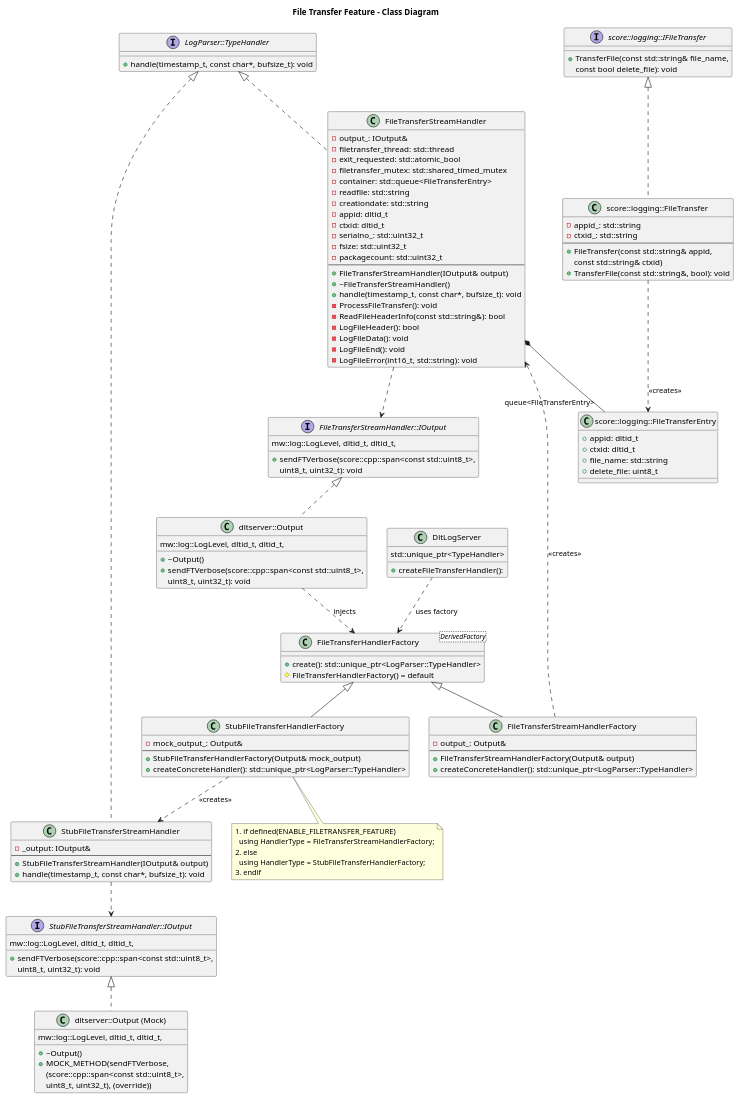
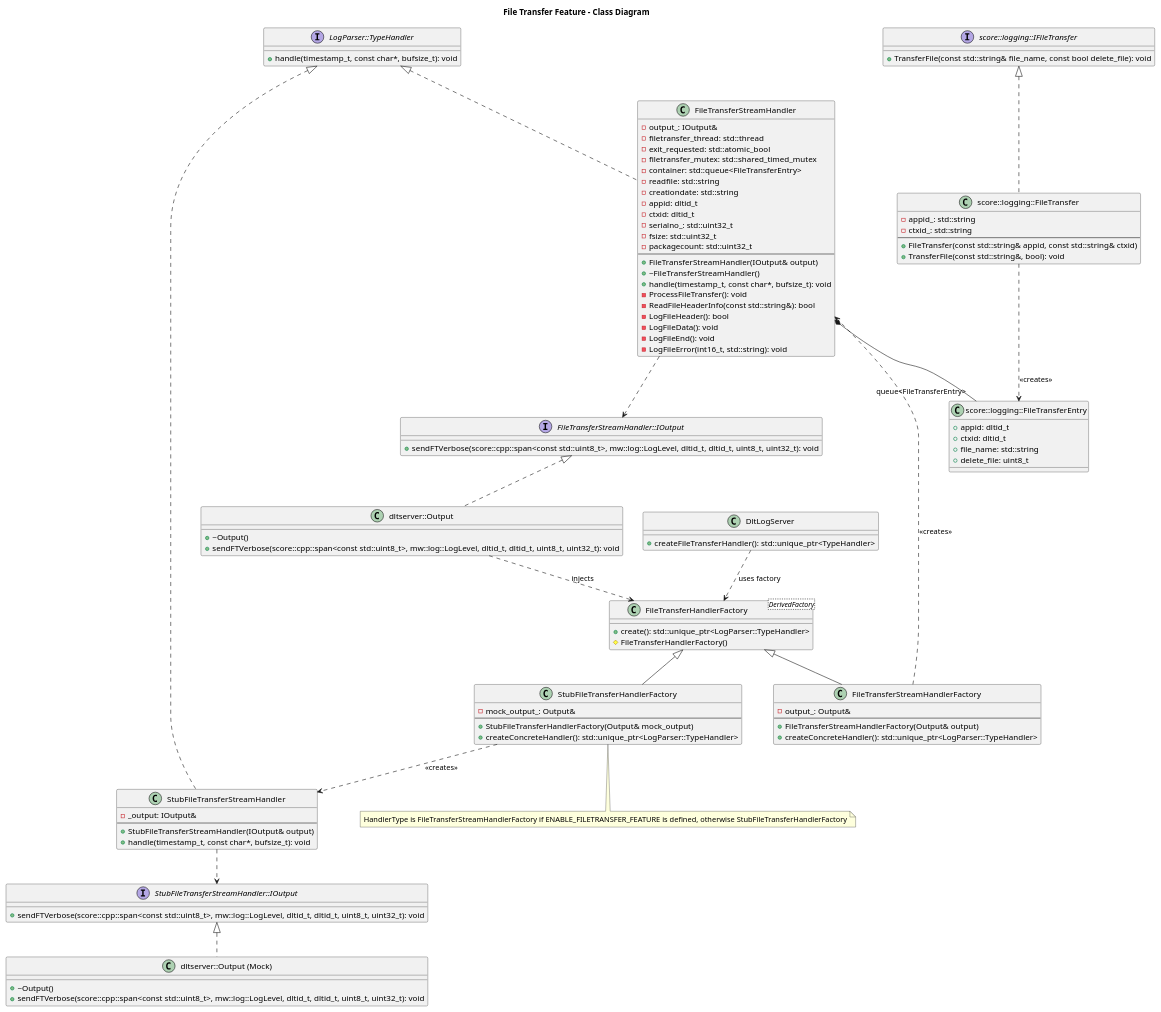
The diagram in score/datarouter/doc/design/uml/file_transfer_feature_class_diagram.puml (eclipse-score/logging), drawn with PlantUML before and after one commit. The commit also changed 8 other files, not shown here.

First line of the commit message:
build(datarouter): add architectural design target

```diff
--- a/score/datarouter/doc/design/uml/file_transfer_feature_class_diagram.puml
+++ b/score/datarouter/doc/design/uml/file_transfer_feature_class_diagram.puml
@@ -14,143 +14,125 @@
 @startuml file_transfer_feature_class_diagram
 title File Transfer Feature - Class Diagram
 
 interface "LogParser::TypeHandler" as TypeHandler {
   + handle(timestamp_t, const char*, bufsize_t): void
 }
 
 class StubFileTransferStreamHandler {
   - _output: IOutput&
   --
   + StubFileTransferStreamHandler(IOutput& output)
   + handle(timestamp_t, const char*, bufsize_t): void
 }
 
 interface "StubFileTransferStreamHandler::IOutput" as StubIOutput {
-  + sendFTVerbose(score::cpp::span<const std::uint8_t>,
-    mw::log::LogLevel, dltid_t, dltid_t,
-    uint8_t, uint32_t): void
+  + sendFTVerbose(score::cpp::span<const std::uint8_t>, mw::log::LogLevel, dltid_t, dltid_t, uint8_t, uint32_t): void
 }
 
 class FileTransferStreamHandler {
   - output_: IOutput&
   - filetransfer_thread: std::thread
   - exit_requested: std::atomic_bool
   - filetransfer_mutex: std::shared_timed_mutex
   - container: std::queue<FileTransferEntry>
   - readfile: std::string
   - creationdate: std::string
   - appid: dltid_t
   - ctxid: dltid_t
   - serialno_: std::uint32_t
   - fsize: std::uint32_t
   - packagecount: std::uint32_t
   --
   + FileTransferStreamHandler(IOutput& output)
   + ~FileTransferStreamHandler()
   + handle(timestamp_t, const char*, bufsize_t): void
   - ProcessFileTransfer(): void
   - ReadFileHeaderInfo(const std::string&): bool
   - LogFileHeader(): bool
   - LogFileData(): void
   - LogFileEnd(): void
   - LogFileError(int16_t, std::string): void
 }
 
 interface "FileTransferStreamHandler::IOutput" as FileIOutput {
-  + sendFTVerbose(score::cpp::span<const std::uint8_t>,
-    mw::log::LogLevel, dltid_t, dltid_t,
-    uint8_t, uint32_t): void
+  + sendFTVerbose(score::cpp::span<const std::uint8_t>, mw::log::LogLevel, dltid_t, dltid_t, uint8_t, uint32_t): void
 }
 
 class "dltserver::Output (Mock)" as MockOutput {
   + ~Output()
-  + MOCK_METHOD(sendFTVerbose,
-    (score::cpp::span<const std::uint8_t>,
-     mw::log::LogLevel, dltid_t, dltid_t,
-     uint8_t, uint32_t), (override))
+  + sendFTVerbose(score::cpp::span<const std::uint8_t>, mw::log::LogLevel, dltid_t, dltid_t, uint8_t, uint32_t): void
 }
 
 class "dltserver::Output" as Output {
   + ~Output()
-  + sendFTVerbose(score::cpp::span<const std::uint8_t>,
-    mw::log::LogLevel, dltid_t, dltid_t,
-    uint8_t, uint32_t): void
+  + sendFTVerbose(score::cpp::span<const std::uint8_t>, mw::log::LogLevel, dltid_t, dltid_t, uint8_t, uint32_t): void
 }
 
 class "FileTransferHandlerFactory<DerivedFactory>" as Factory {
   + create(): std::unique_ptr<LogParser::TypeHandler>
-  # FileTransferHandlerFactory() = default
+  # FileTransferHandlerFactory()
 }
 
 class StubFileTransferHandlerFactory {
   - mock_output_: Output&
   --
   + StubFileTransferHandlerFactory(Output& mock_output)
   + createConcreteHandler(): std::unique_ptr<LogParser::TypeHandler>
 }
 
 class FileTransferStreamHandlerFactory {
   - output_: Output&
   --
   + FileTransferStreamHandlerFactory(Output& output)
   + createConcreteHandler(): std::unique_ptr<LogParser::TypeHandler>
 }
 
 class DltLogServer {
-  + createFileTransferHandler():
-    std::unique_ptr<TypeHandler>
+  + createFileTransferHandler(): std::unique_ptr<TypeHandler>
 }
 
 class "score::logging::FileTransferEntry" as FileTransferEntry {
   + appid: dltid_t
   + ctxid: dltid_t
   + file_name: std::string
   + delete_file: uint8_t
 }
 
 interface "score::logging::IFileTransfer" as IFileTransfer {
-  + TransferFile(const std::string& file_name,
-    const bool delete_file): void
+  + TransferFile(const std::string& file_name, const bool delete_file): void
 }
 
 class "score::logging::FileTransfer" as FileTransfer {
   - appid_: std::string
   - ctxid_: std::string
   --
-  + FileTransfer(const std::string& appid,
-    const std::string& ctxid)
+  + FileTransfer(const std::string& appid, const std::string& ctxid)
   + TransferFile(const std::string&, bool): void
 }
 
-note bottom of StubFileTransferHandlerFactory
-#if defined(ENABLE_FILETRANSFER_FEATURE)
-  using HandlerType = FileTransferStreamHandlerFactory;
-#else
-  using HandlerType = StubFileTransferHandlerFactory;
-#endif
-end note
+note bottom of StubFileTransferHandlerFactory : HandlerType is FileTransferStreamHandlerFactory if ENABLE_FILETRANSFER_FEATURE is defined, otherwise StubFileTransferHandlerFactory
 
 TypeHandler <|.. StubFileTransferStreamHandler
 TypeHandler <|.. FileTransferStreamHandler
 
 StubFileTransferStreamHandler ..> StubIOutput
 FileTransferStreamHandler ..> FileIOutput
 
 StubIOutput <|.. MockOutput
 FileIOutput <|.. Output
 
 Factory <|-- StubFileTransferHandlerFactory
 Factory <|-- FileTransferStreamHandlerFactory
 
 StubFileTransferHandlerFactory ..> StubFileTransferStreamHandler : <<creates>>
 FileTransferStreamHandlerFactory ..> FileTransferStreamHandler : <<creates>>
 
 DltLogServer ..> Factory : uses factory
 Output ..> Factory : injects
 
 FileTransferStreamHandler *-- "queue<FileTransferEntry>" FileTransferEntry
 
 IFileTransfer <|.. FileTransfer
 FileTransfer ..> FileTransferEntry : <<creates>>
 
 @enduml
```
